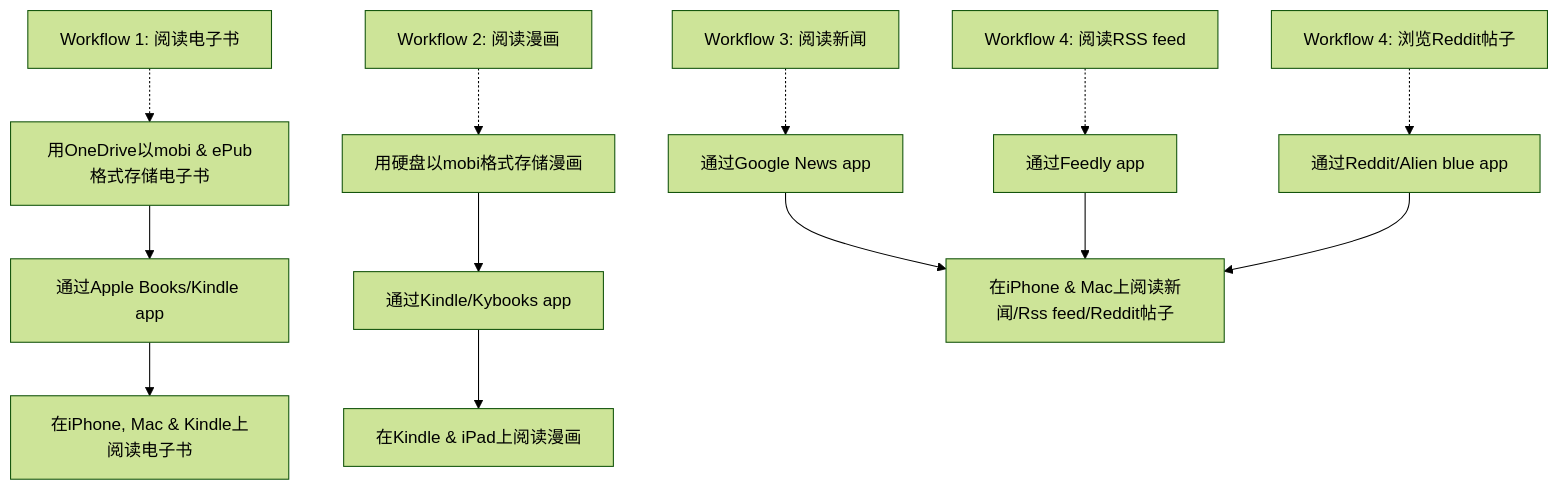
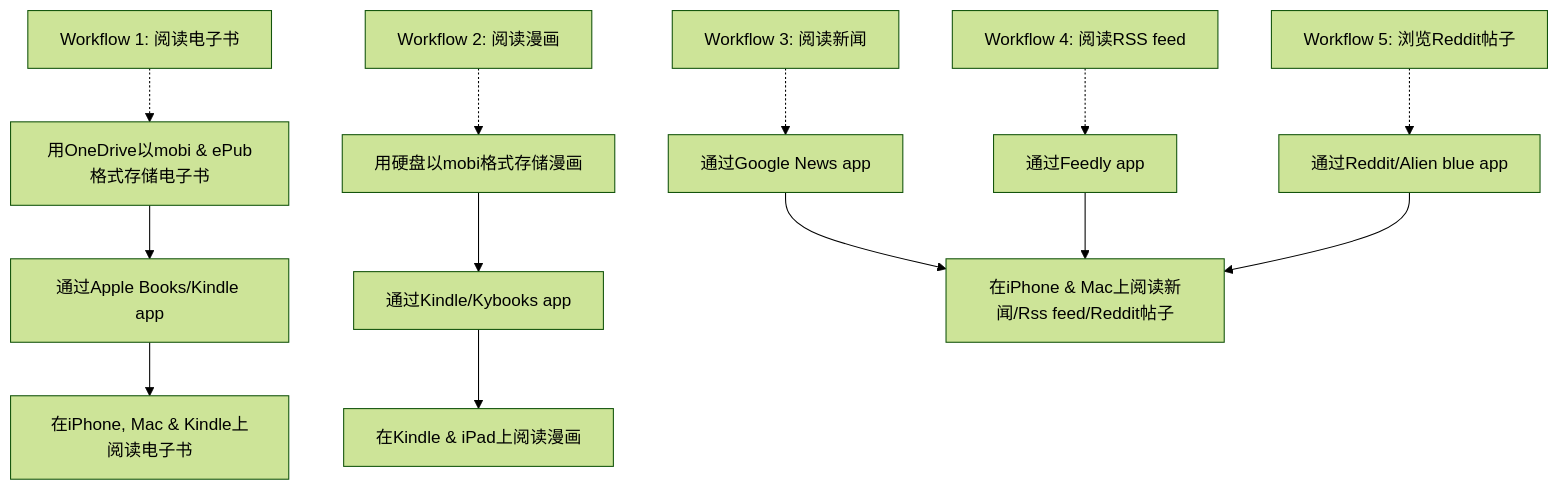
The diagram in _posts/productivity/2021-03-28-reading-setup.md (goooooouwa/writings), drawn with Mermaid (forest theme) before and after one commit.

```diff
--- a/_posts/productivity/2021-03-28-reading-setup.md
+++ b/_posts/productivity/2021-03-28-reading-setup.md
@@ -7,26 +7,26 @@
 <div class="mermaid">
     graph TD
     T1[Workflow 1: 阅读电子书] -.-> A
 
     A[用OneDrive以mobi & ePub格式存储电子书]
     A --> F[通过Apple Books/Kindle app]
     F --> C[在iPhone, Mac & Kindle上阅读电子书]
 
     T2[Workflow 2: 阅读漫画] -.-> B
 
     B[用硬盘以mobi格式存储漫画]
     B --> E[通过Kindle/Kybooks app]
     E --> I[在Kindle & iPad上阅读漫画]
 
     T3[Workflow 3: 阅读新闻] -.-> G
     G[通过Google News app]
     G --> H[在iPhone & Mac上阅读新闻/Rss feed/Reddit帖子]
 
     T4[Workflow 4: 阅读RSS feed] -.-> J
     J[通过Feedly app]
     J --> H
 
-    T5[Workflow 4: 浏览Reddit帖子] -.-> L
+    T5[Workflow 5: 浏览Reddit帖子] -.-> L
     L[通过Reddit/Alien blue app]
     L --> H
 </div>
```
